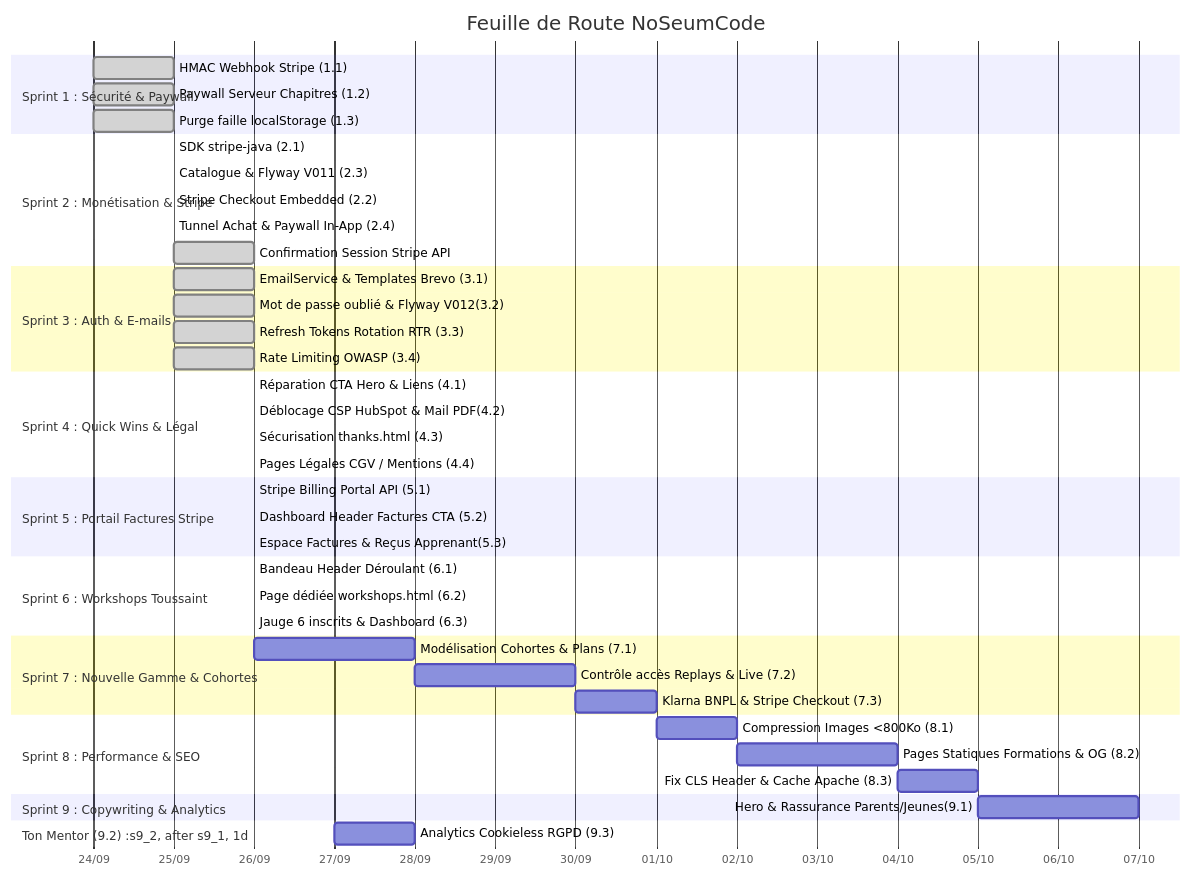
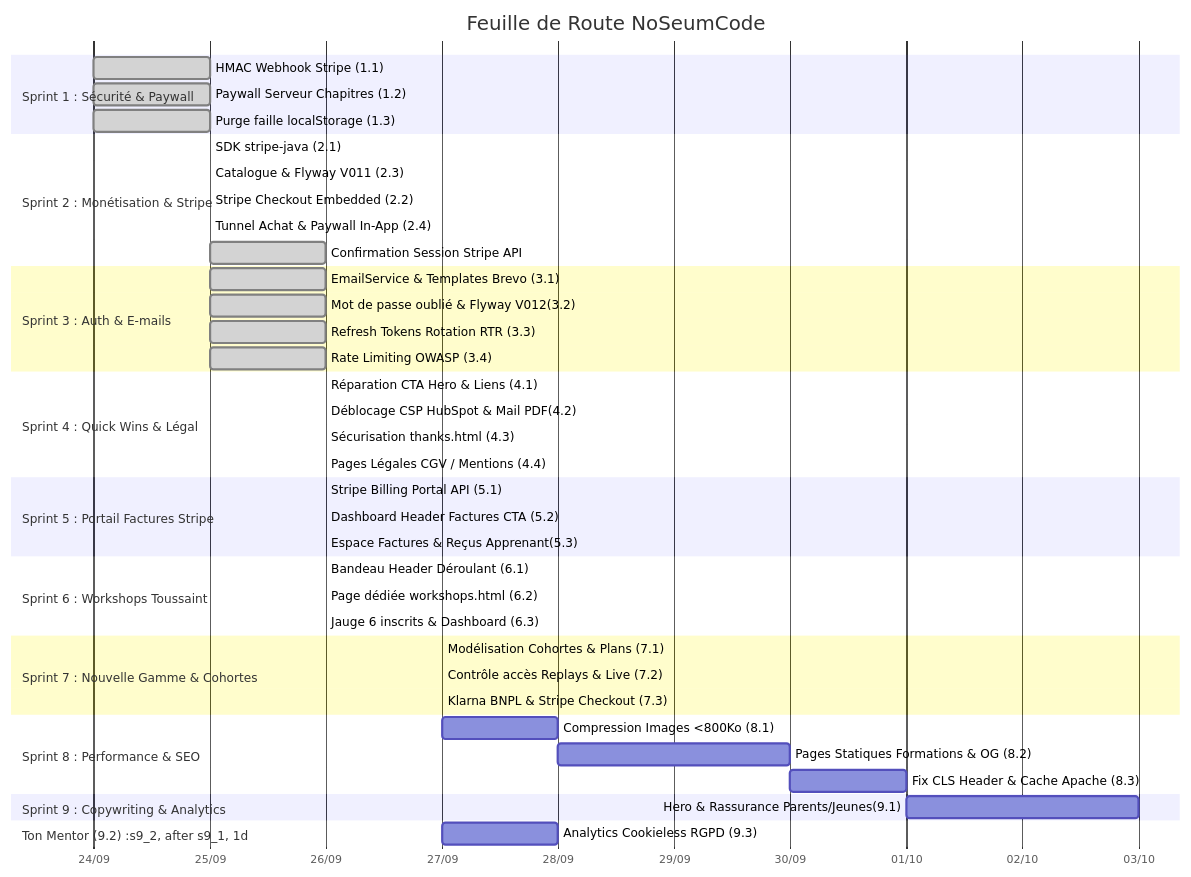
One commit to cedricrgt/noSeumCode changed the diagram in docs/ai/ROADMAP.md. Above: the diagram before and after it, drawn with Mermaid. The commit also changed other lines of this file and 34 other files, not shown here.

First line of the commit message:
feat(cohorts): add starter web vip tiers cohorts and klarna bnpl

````diff
--- a/docs/ai/ROADMAP.md
+++ b/docs/ai/ROADMAP.md
@@ -26,55 +26,55 @@
 ```mermaid
 gantt
     title Feuille de Route NoSeumCode
     dateFormat  YYYY-MM-DD
     axisFormat  %d/%m
 
     section Sprint 1 : Sécurité & Paywall
     HMAC Webhook Stripe (1.1)            :done, s1_1, 2026-09-24, 2026-09-25
     Paywall Serveur Chapitres (1.2)      :done, s1_2, 2026-09-24, 2026-09-25
     Purge faille localStorage (1.3)      :done, s1_3, 2026-09-24, 2026-09-25
 
     section Sprint 2 : Monétisation & Stripe
     SDK stripe-java (2.1)                :done, s2_1, 2026-09-25, 2026-09-25
     Catalogue & Flyway V011 (2.3)        :done, s2_2, 2026-09-25, 2026-09-25
     Stripe Checkout Embedded (2.2)       :done, s2_3, 2026-09-25, 2026-09-25
     Tunnel Achat & Paywall In-App (2.4)  :done, s2_4, 2026-09-25, 2026-09-25
     Confirmation Session Stripe API      :done, s2_5, 2026-09-25, 2026-09-26
 
     section Sprint 3 : Auth & E-mails
     EmailService & Templates Brevo (3.1) :done, s3_1, 2026-09-25, 2026-09-26
     Mot de passe oublié & Flyway V012(3.2):done, s3_2, 2026-09-25, 2026-09-26
     Refresh Tokens Rotation RTR (3.3)    :done, s3_3, 2026-09-25, 2026-09-26
     Rate Limiting OWASP (3.4)            :done, s3_4, 2026-09-25, 2026-09-26
 
     section Sprint 4 : Quick Wins & Légal
     Réparation CTA Hero & Liens (4.1)    :done, s4_1, 2026-09-26, 2026-09-26
     Déblocage CSP HubSpot & Mail PDF(4.2):done, s4_2, 2026-09-26, 2026-09-26
     Sécurisation thanks.html (4.3)       :done, s4_3, 2026-09-26, 2026-09-26
     Pages Légales CGV / Mentions (4.4)   :done, s4_4, 2026-09-26, 2026-09-26
 
     section Sprint 5 : Portail Factures Stripe
     Stripe Billing Portal API (5.1)      :done, s5_1, 2026-09-26, 2026-09-26
     Dashboard Header Factures CTA (5.2)  :done, s5_2, 2026-09-26, 2026-09-26
     Espace Factures & Reçus Apprenant(5.3):done, s5_3, 2026-09-26, 2026-09-26
 
     section Sprint 6 : Workshops Toussaint
     Bandeau Header Déroulant (6.1)       :done, s6_1, 2026-09-26, 2026-09-26
     Page dédiée workshops.html (6.2)     :done, s6_2, 2026-09-26, 2026-09-26
     Jauge 6 inscrits & Dashboard (6.3)   :done, s6_3, 2026-09-26, 2026-09-26
 
     section Sprint 7 : Nouvelle Gamme & Cohortes
-    Modélisation Cohortes & Plans (7.1)  :s7_1, after s6_3, 2d
-    Contrôle accès Replays & Live (7.2)  :s7_2, after s7_1, 2d
-    Klarna BNPL & Stripe Checkout (7.3)  :s7_3, after s7_2, 1d
+    Modélisation Cohortes & Plans (7.1)  :done, s7_1, 2026-09-27, 2026-09-27
+    Contrôle accès Replays & Live (7.2)  :done, s7_2, 2026-09-27, 2026-09-27
+    Klarna BNPL & Stripe Checkout (7.3)  :done, s7_3, 2026-09-27, 2026-09-27
 
     section Sprint 8 : Performance & SEO
     Compression Images <800Ko (8.1)      :s8_1, after s7_3, 1d
     Pages Statiques Formations & OG (8.2):s8_2, after s8_1, 2d
     Fix CLS Header & Cache Apache (8.3)  :s8_3, after s8_2, 1d
 
     section Sprint 9 : Copywriting & Analytics
     Hero & Rassurance Parents/Jeunes(9.1):s9_1, after s8_3, 2d
     Section Ton Mentor (9.2)             :s9_2, after s9_1, 1d
     Analytics Cookieless RGPD (9.3)      :s9_3, after s9_2, 1d
 ```
````
